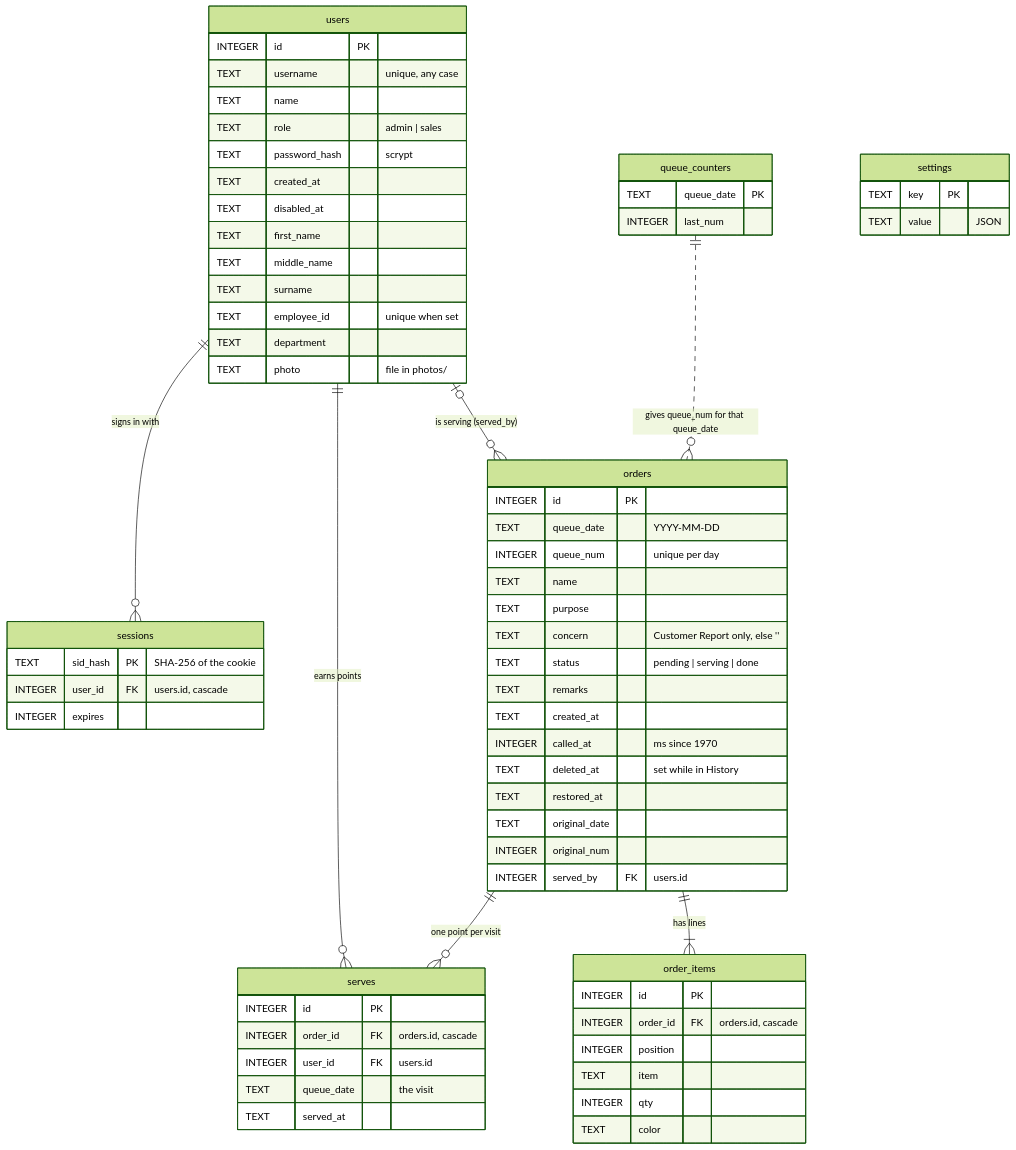
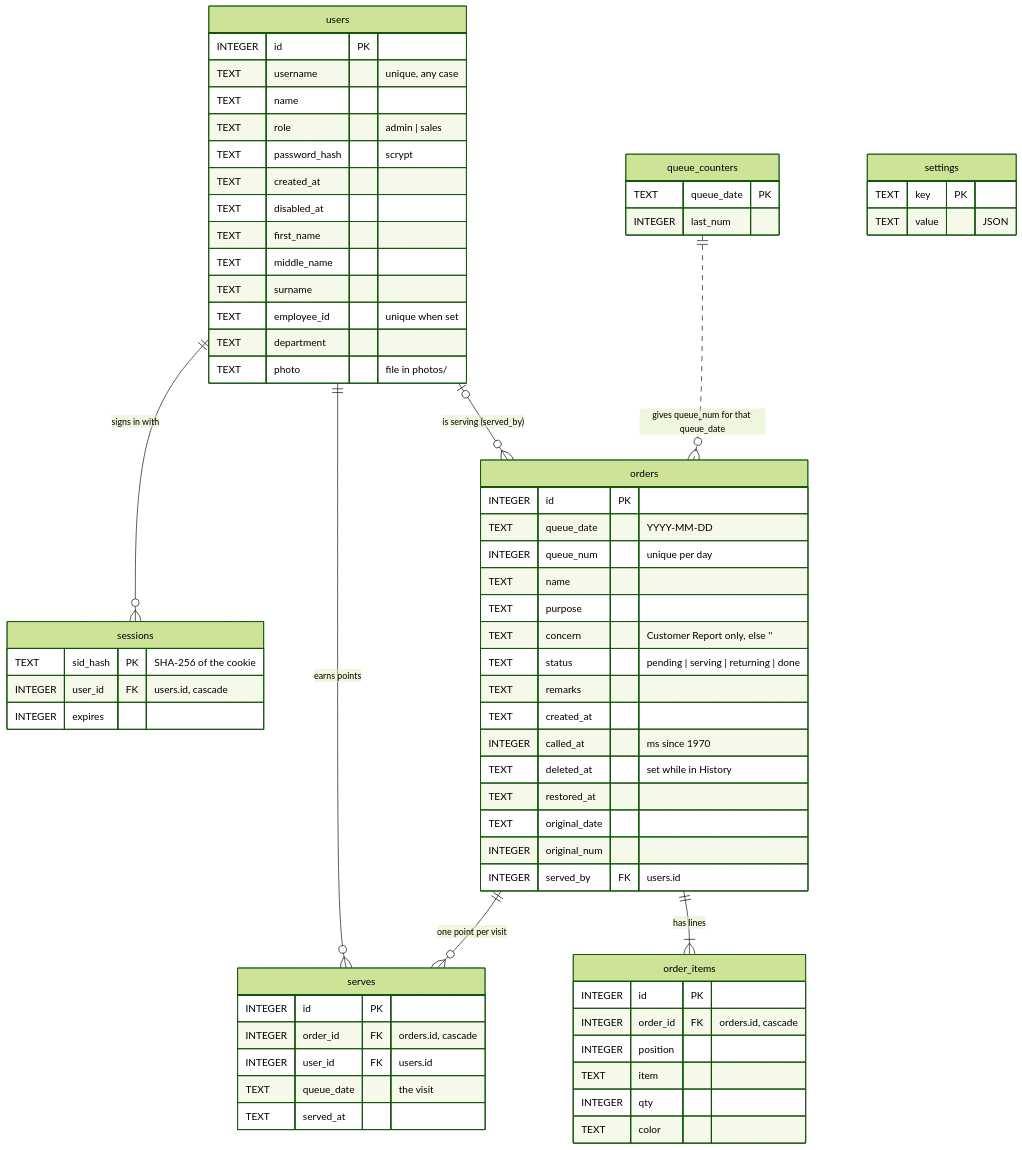
Before and after one commit to gabrielgutz18/Sheehan-QMS: the second of 2 diagrams in DATABASE.md, drawn with Mermaid (forest theme). The commit also changed other lines of this file and 17 other files, not shown here.

````diff
--- a/DATABASE.md
+++ b/DATABASE.md
@@ -203,70 +203,70 @@
 ```mermaid
 erDiagram
     users ||--o{ sessions : "signs in with"
     users ||--o{ serves : "earns points"
     users |o--o{ orders : "is serving (served_by)"
     orders ||--|{ order_items : "has lines"
     orders ||--o{ serves : "one point per visit"
     queue_counters ||..o{ orders : "gives queue_num for that queue_date"
 
     orders {
         INTEGER id PK
         TEXT queue_date "YYYY-MM-DD"
         INTEGER queue_num "unique per day"
         TEXT name
         TEXT purpose
         TEXT concern "Customer Report only, else ''"
-        TEXT status "pending | serving | done"
+        TEXT status "pending | serving | returning | done"
         TEXT remarks
         TEXT created_at
         INTEGER called_at "ms since 1970"
         TEXT deleted_at "set while in History"
         TEXT restored_at
         TEXT original_date
         INTEGER original_num
         INTEGER served_by FK "users.id"
     }
     order_items {
         INTEGER id PK
         INTEGER order_id FK "orders.id, cascade"
         INTEGER position
         TEXT item
         INTEGER qty
         TEXT color
     }
     queue_counters {
         TEXT queue_date PK
         INTEGER last_num
     }
     users {
         INTEGER id PK
         TEXT username "unique, any case"
         TEXT name
         TEXT role "admin | sales"
         TEXT password_hash "scrypt"
         TEXT created_at
         TEXT disabled_at
         TEXT first_name
         TEXT middle_name
         TEXT surname
         TEXT employee_id "unique when set"
         TEXT department
         TEXT photo "file in photos/"
     }
     sessions {
         TEXT sid_hash PK "SHA-256 of the cookie"
         INTEGER user_id FK "users.id, cascade"
         INTEGER expires
     }
     serves {
         INTEGER id PK
         INTEGER order_id FK "orders.id, cascade"
         INTEGER user_id FK "users.id"
         TEXT queue_date "the visit"
         TEXT served_at
     }
     settings {
         TEXT key PK
         TEXT value "JSON"
     }
 ```
````
